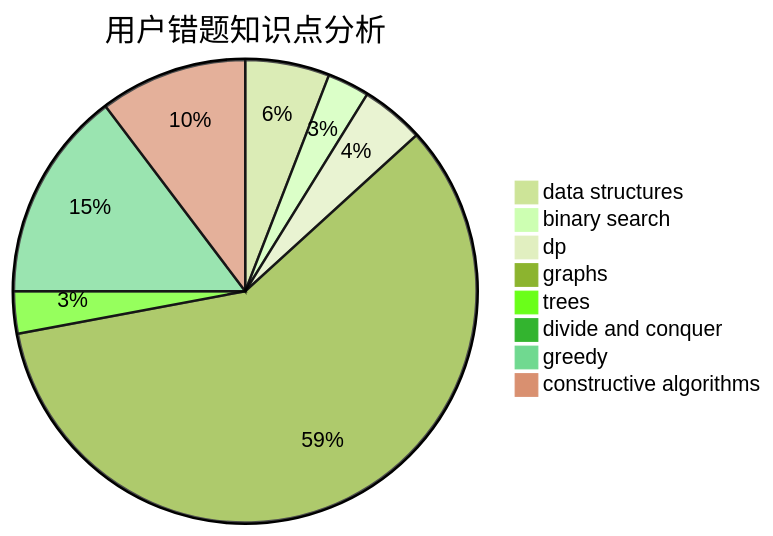
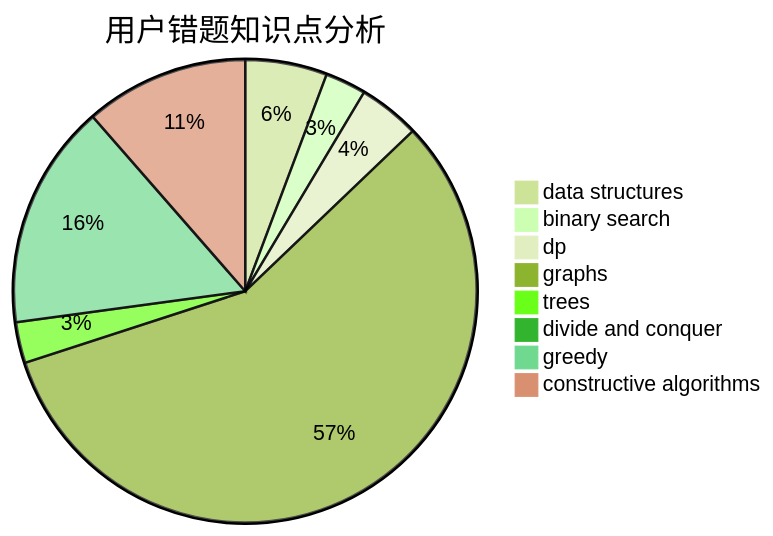
The third of 3 diagrams in docs/user/u870.md (sherpahu/cfrs.github.io), drawn with Mermaid (forest theme) before and after one commit. The commit also changed other lines of this file and 2770 other files, not shown here.

````diff
--- a/docs/user/u870.md
+++ b/docs/user/u870.md
@@ -36,11 +36,11 @@
 ```mermaid
 pie title 用户错题知识点分析
     "data structures" :  4
     "binary search" :  2
     "dp" :  3
     "graphs" :  40
     "trees" :  2
     "divide and conquer" :  0
-    "greedy" :  10
-    "constructive algorithms" :  7
+    "greedy" :  11
+    "constructive algorithms" :  8
 ```
````
